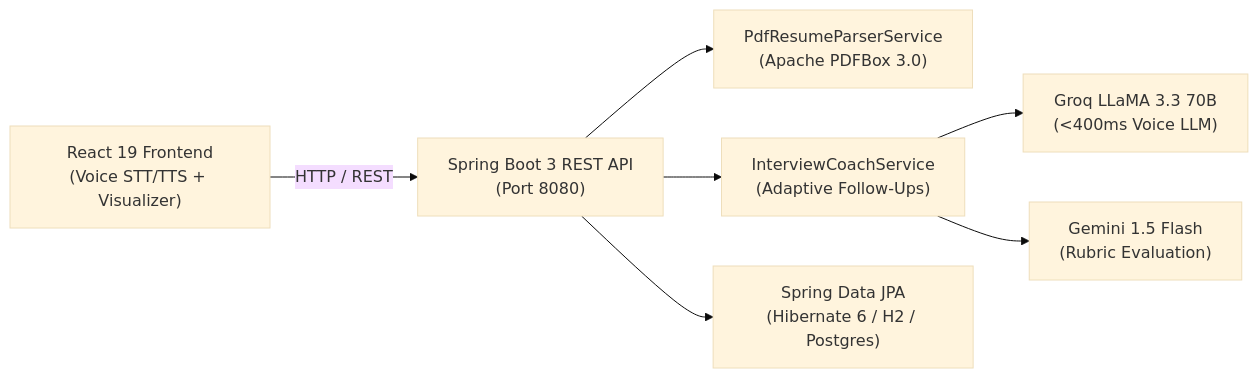
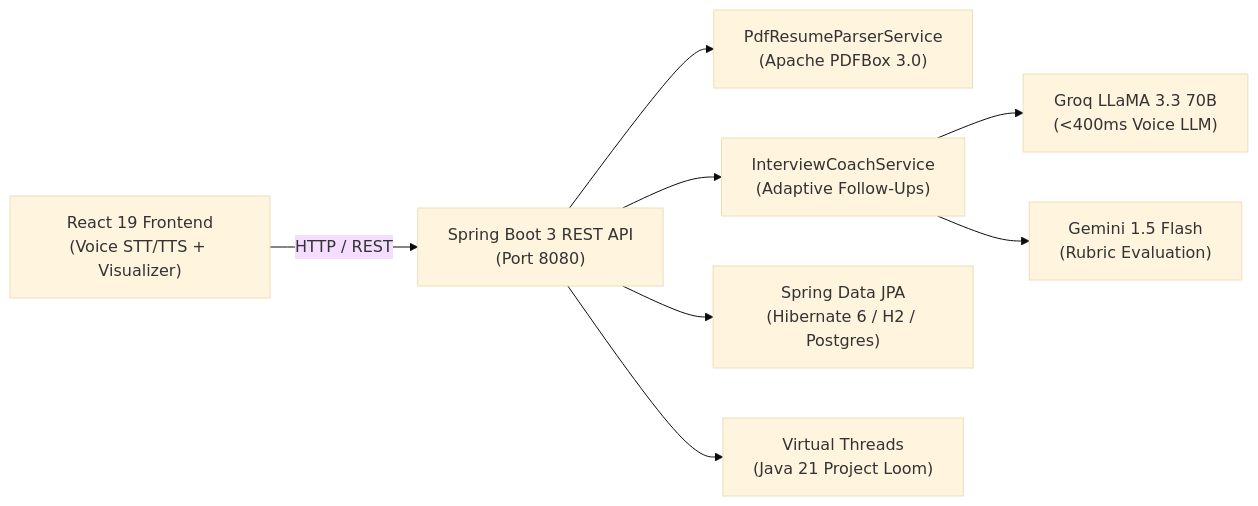
Before and after one commit to prajakta2905/MockMate-AI: the diagram in README.md, drawn with Mermaid (base theme). The commit also changed other lines of this file and 3 other files, not shown here.

Commit message:
feat: upgrade to Java 21 LTS with Project Loom Virtual Threads and update Docker runtime

````diff
--- a/README.md
+++ b/README.md
@@ -34,10 +35,11 @@
 ```mermaid
 flowchart LR
     A["React 19 Frontend\n(Voice STT/TTS + Visualizer)"] 
     -->|HTTP / REST| B["Spring Boot 3 REST API\n(Port 8080)"]
     B --> C["PdfResumeParserService\n(Apache PDFBox 3.0)"]
     B --> D["InterviewCoachService\n(Adaptive Follow-Ups)"]
     B --> E["Spring Data JPA\n(Hibernate 6 / H2 / Postgres)"]
+    B --> H["Virtual Threads\n(Java 21 Project Loom)"]
     D --> F["Groq LLaMA 3.3 70B\n(<400ms Voice LLM)"]
     D --> G["Gemini 1.5 Flash\n(Rubric Evaluation)"]
 ```
````
